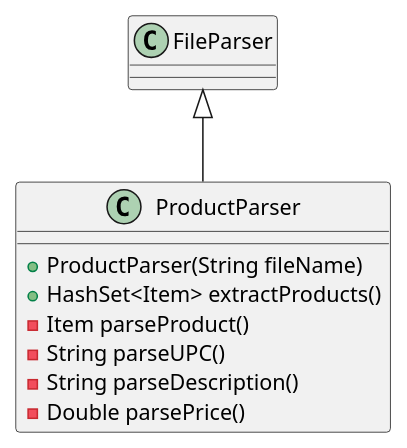
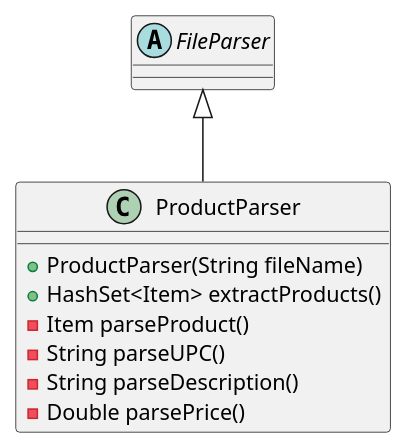
The diagram in plantuml/fileparser/productparser.wsd (Peter408/POST-console-application), drawn with PlantUML before and after one commit. The commit also changed 2 other files, not shown here.

Commit message:
fix fileparser abstract class type

```diff
--- a/plantuml/fileparser/productparser.wsd
+++ b/plantuml/fileparser/productparser.wsd
@@ -1,13 +1,13 @@
 @startuml productparser
-class FileParser
+abstract class FileParser
 class ProductParser {
     + ProductParser(String fileName)
     + HashSet<Item> extractProducts()
     - Item parseProduct()
     - String parseUPC()
     - String parseDescription()
     - Double parsePrice()
 }
 
 FileParser <|-- ProductParser
 @enduml
```
